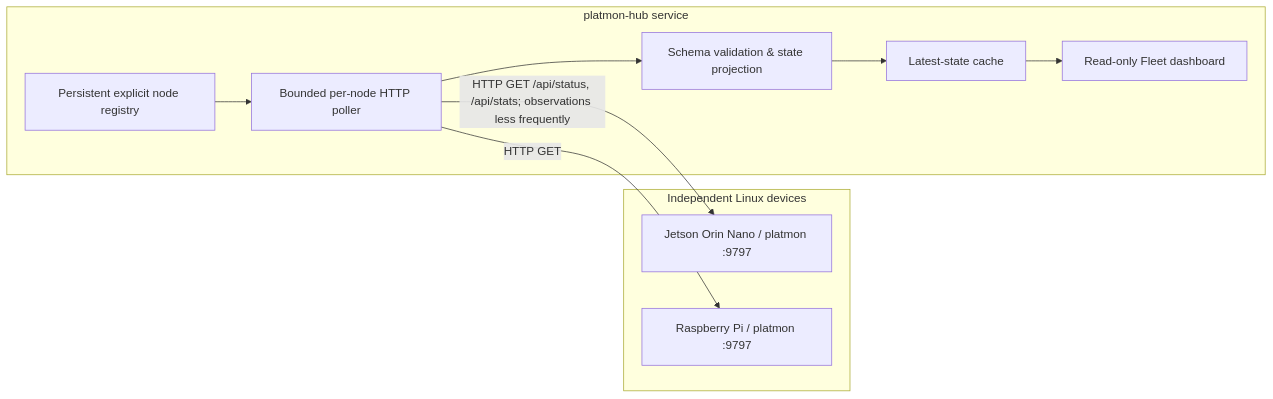
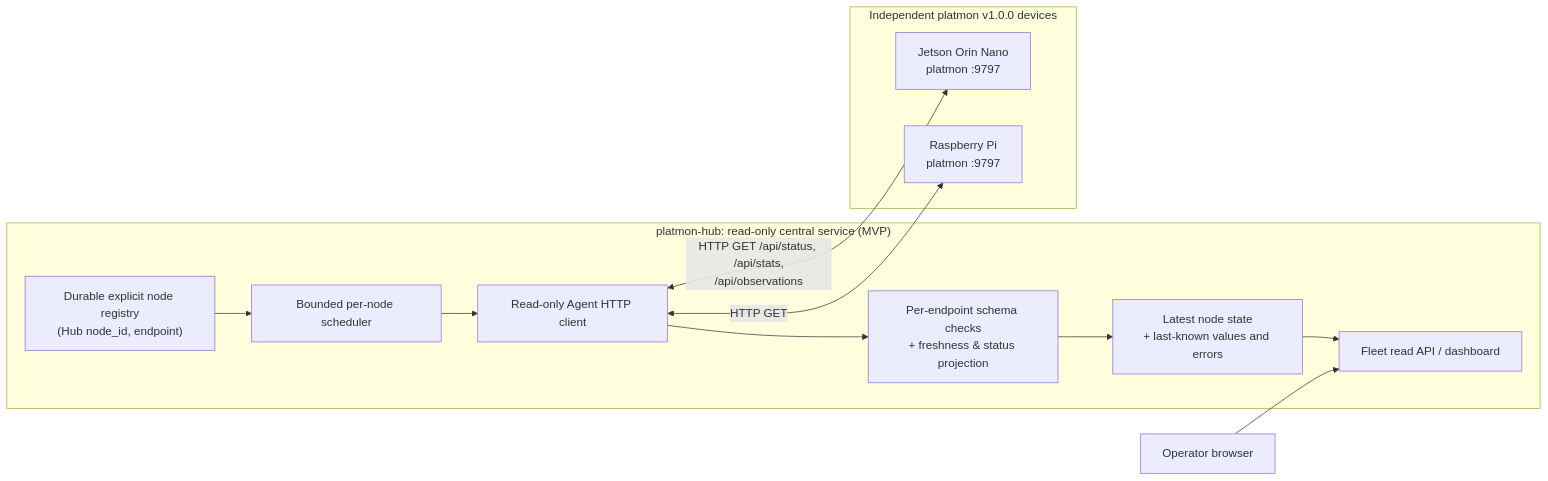
Before and after one commit to platmon/platmon-hub: the first of 3 diagrams in docs/architecture.md, drawn with Mermaid. The commit also changed other lines of this file, not shown here.

Commit message:
docs: visualize hub topology, polling, and status decisions in Mermaid

````diff
--- a/docs/architecture.md
+++ b/docs/architecture.md
@@ -17,17 +17,24 @@
 ```mermaid
 flowchart LR
-    subgraph Fleet[Independent Linux devices]
-      A["Jetson Orin Nano / platmon :9797"]
-      B["Raspberry Pi / platmon :9797"]
+    Browser["Operator browser"]
+
+    subgraph Hub["platmon-hub: read-only central service (MVP)"]
+        Registry["Durable explicit node registry<br/>(Hub node_id, endpoint)"]
+        Scheduler["Bounded per-node scheduler"]
+        Client["Read-only Agent HTTP client"]
+        Projector["Per-endpoint schema checks<br/>+ freshness & status projection"]
+        Cache["Latest node state<br/>+ last-known values and errors"]
+        UI["Fleet read API / dashboard"]
+
+        Registry --> Scheduler --> Client --> Projector --> Cache --> UI
     end
-    subgraph Hub[platmon-hub service]
-      R[Persistent explicit node registry]
-      P[Bounded per-node HTTP poller]
-      N[Schema validation & state projection]
-      M[Latest-state cache]
-      UI[Read-only Fleet dashboard]
-      R --> P --> N --> M --> UI
+
+    subgraph Agents["Independent platmon v1.0.0 devices"]
+        Orin["Jetson Orin Nano<br/>platmon :9797"]
+        Pi["Raspberry Pi<br/>platmon :9797"]
     end
-    P -->|HTTP GET /api/status, /api/stats; observations less frequently| A
-    P -->|HTTP GET| B
+
+    Browser --> UI
+    Client <-->|"HTTP GET /api/status, /api/stats,<br/>/api/observations"| Orin
+    Client <-->|"HTTP GET"| Pi
 ```
````
